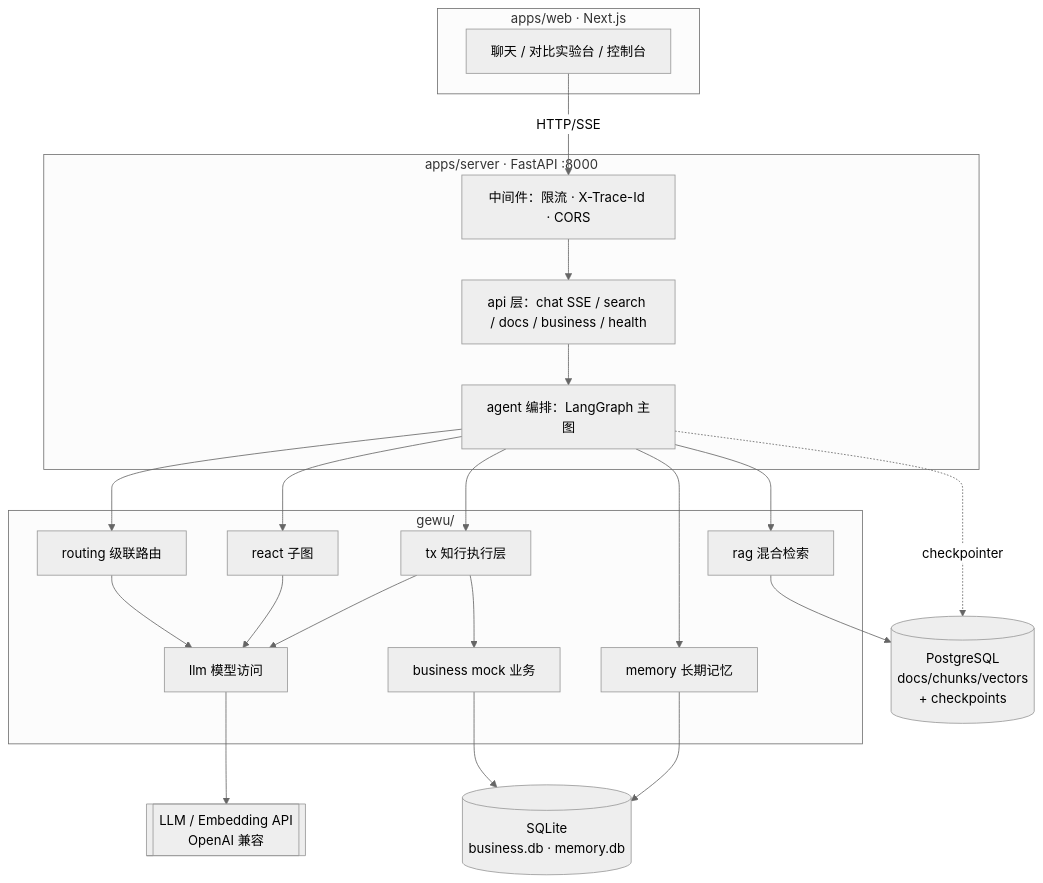
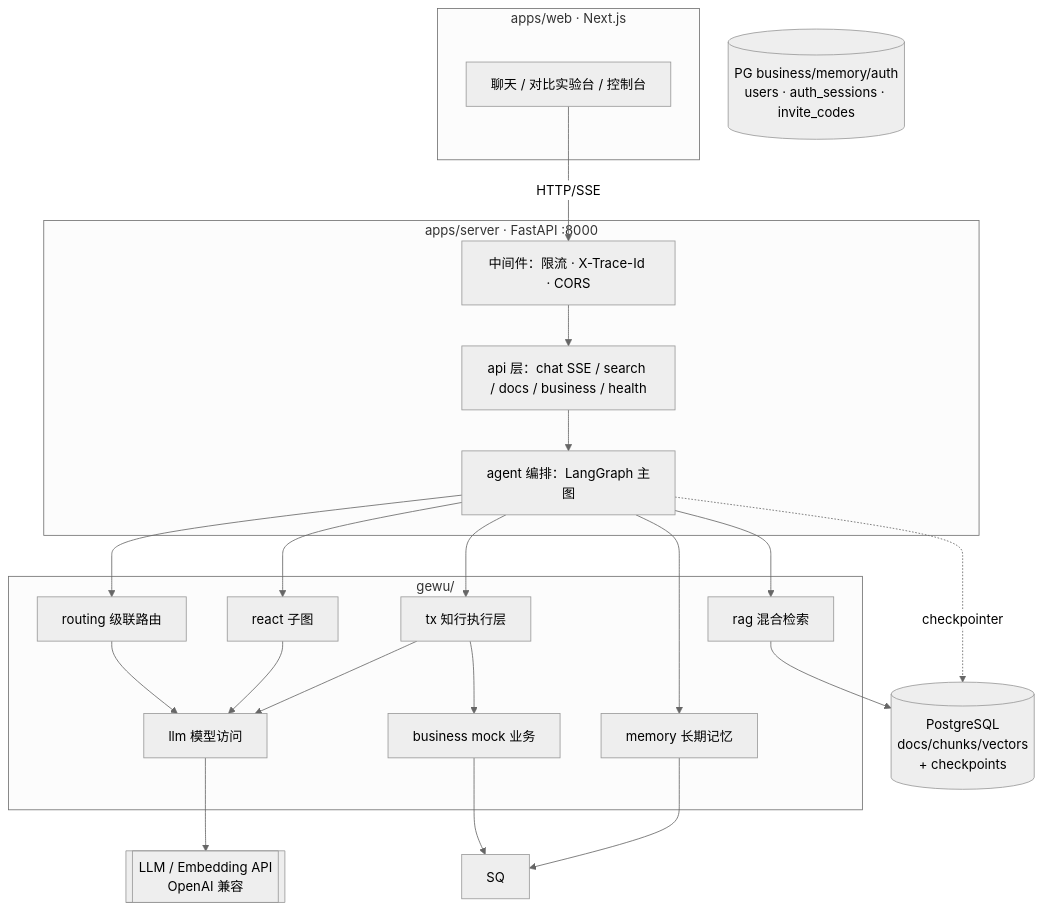
One commit to Thekshy/gewu changed the diagram in docs/architecture/01-overview.md. Above: the diagram before and after it, drawn with Mermaid (neutral theme). The commit also changed other lines of this file and 18 other files, not shown here.

````diff
--- a/docs/architecture/01-overview.md
+++ b/docs/architecture/01-overview.md
@@ -44,31 +45,31 @@
 ```mermaid
 flowchart TB
     subgraph Web[apps/web · Next.js]
         UI[聊天 / 对比实验台 / 控制台]
     end
     subgraph Server[apps/server · FastAPI :8000]
         MW[中间件：限流 · X-Trace-Id · CORS]
         API[api 层：chat SSE / search / docs / business / health]
         GRAPH[agent 编排：LangGraph 主图]
     end
     subgraph Domains[gewu/]
         ROUTE[routing 级联路由]
         RAG[rag 混合检索]
         REACT[react 子图]
         TX[tx 知行执行层]
         LLM[llm 模型访问]
         BIZ[business mock 业务]
         MEM[memory 长期记忆]
     end
     PG[(PostgreSQL<br/>docs/chunks/vectors<br/>+ checkpoints)]
-    SQ[(SQLite<br/>business.db · memory.db)]
+    PG2[(PG business/memory/auth<br/>users · auth_sessions · invite_codes)]
     EXT[[LLM / Embedding API<br/>OpenAI 兼容]]
 
     UI -->|HTTP/SSE| MW --> API --> GRAPH
     GRAPH --> ROUTE & REACT & TX & MEM
     ROUTE & REACT & TX --> LLM --> EXT
     GRAPH --> RAG --> PG
     GRAPH -.checkpointer.-> PG
     TX --> BIZ --> SQ
     MEM --> SQ
 ```
````
